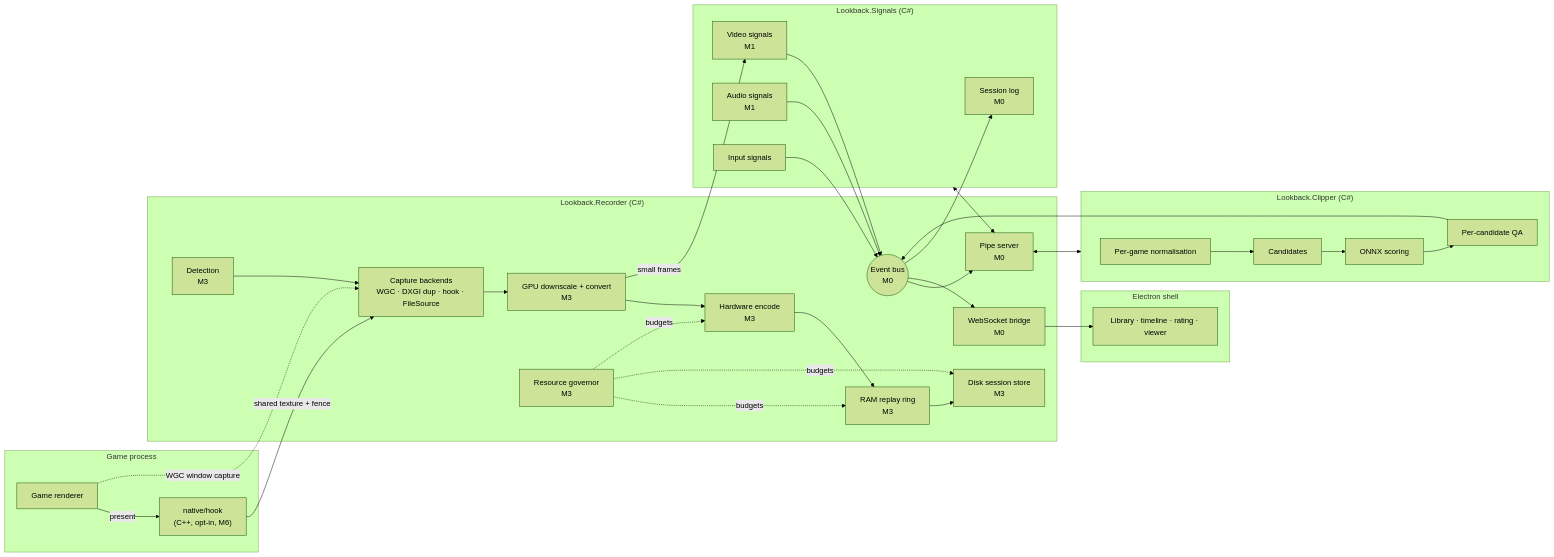
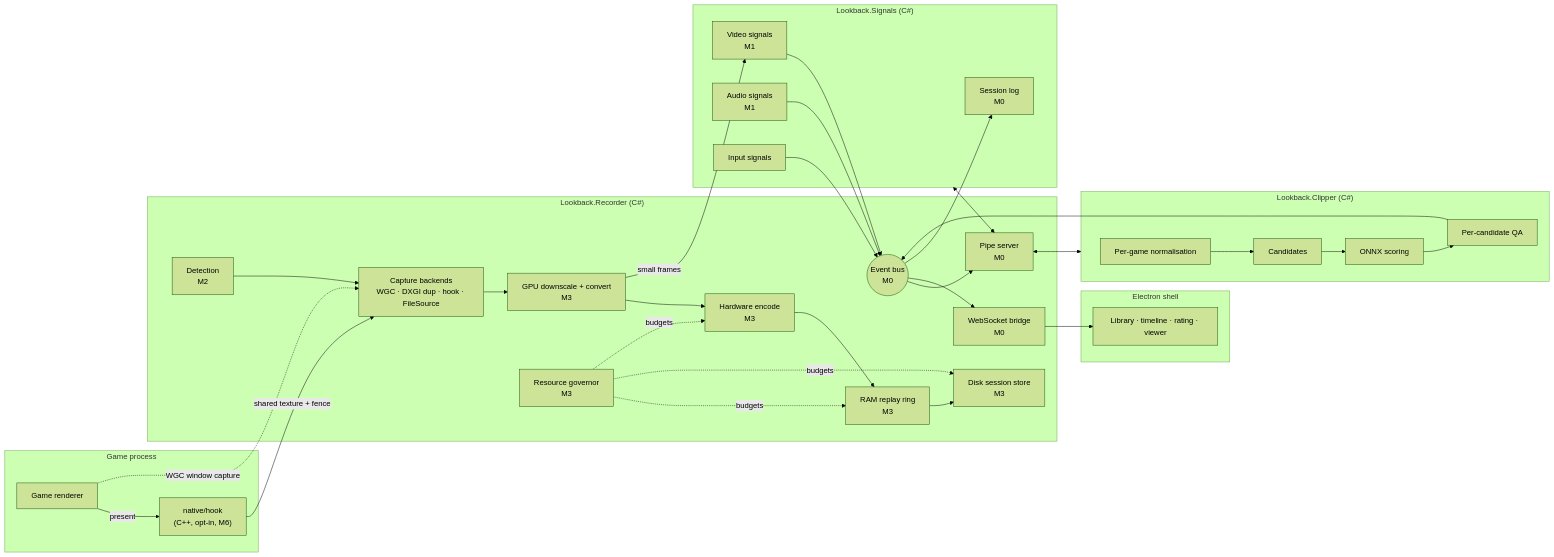
The first of 6 diagrams in docs/wiki/Architecture.md (Joshmh7128/Lookback), drawn with Mermaid (forest theme) before and after one commit. The commit also changed other lines of this file and 36 other files, not shown here.

````diff
--- a/docs/wiki/Architecture.md
+++ b/docs/wiki/Architecture.md
@@ -12,49 +12,49 @@
 ```mermaid
 flowchart LR
     subgraph Game["Game process"]
         G[Game renderer]
         H["native/hook<br/>(C++, opt-in, M6)"]
     end
 
     subgraph Recorder["Lookback.Recorder (C#)"]
-        DET[Detection<br/>M3]
+        DET[Detection<br/>M2]
         CAP[Capture backends<br/>WGC · DXGI dup · hook · FileSource]
         GPU[GPU downscale + convert<br/>M3]
         ENC[Hardware encode<br/>M3]
         RING[RAM replay ring<br/>M3]
         DISK[Disk session store<br/>M3]
         GOV[Resource governor<br/>M3]
         BUS(("Event bus<br/>M0"))
         PIPES[Pipe server<br/>M0]
         WS[WebSocket bridge<br/>M0]
     end
 
     subgraph Signals["Lookback.Signals (C#)"]
         VS[Video signals<br/>M1]
         AS[Audio signals<br/>M1]
         IS[Input signals]
         LOG[Session log<br/>M0]
     end
 
     subgraph Clipper["Lookback.Clipper (C#)"]
         NORM[Per-game normalisation]
         CAND[Candidates]
         SCORE[ONNX scoring]
         QA[Per-candidate QA]
     end
 
     subgraph Shell["Electron shell"]
         UI[Library · timeline · rating · viewer]
     end
 
     G -- present --> H -- shared texture + fence --> CAP
     G -. WGC window capture .-> CAP
     DET --> CAP --> GPU --> ENC --> RING --> DISK
     GOV -. budgets .-> RING & DISK & ENC
     GPU -- small frames --> VS
     VS & AS & IS --> BUS
     BUS --> PIPES & WS & LOG
     PIPES <--> Signals & Clipper
     WS --> UI
     NORM --> CAND --> SCORE --> QA --> BUS
 ```
````
